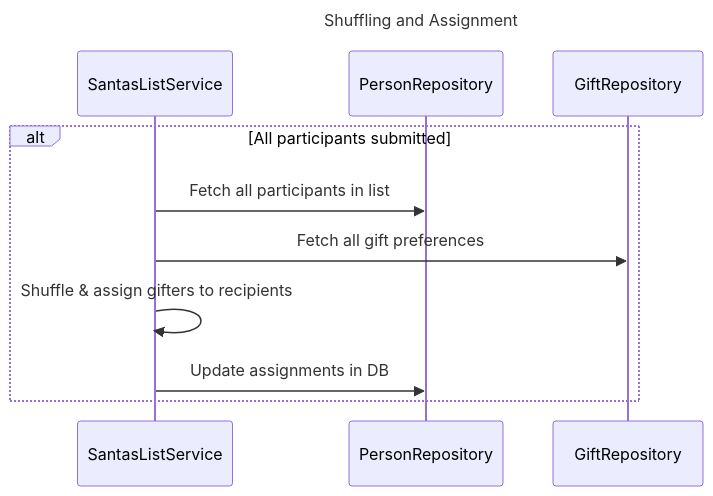
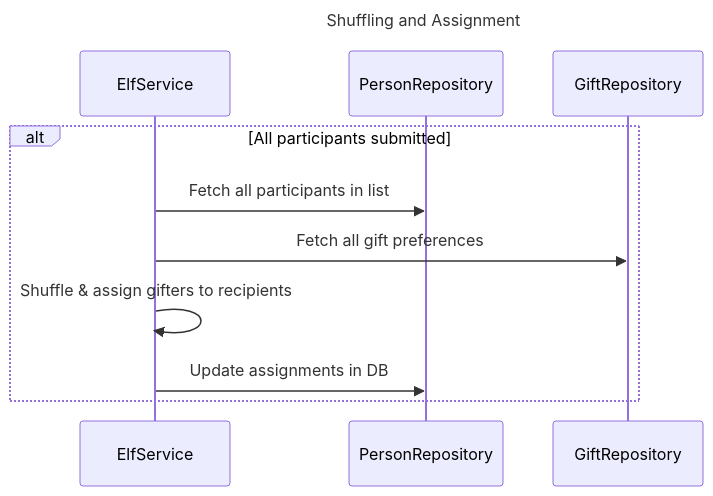
One commit to Oluwagbemiga13/secret-santa changed the fifth of 6 diagrams in README.md. Above: the diagram before and after it, drawn with Mermaid. The commit also changed other lines of this file, not shown here.

````diff
--- a/README.md
+++ b/README.md
@@ -346,16 +362,16 @@
 ```mermaid
 ---
 title: Shuffling and Assignment
 ---
 sequenceDiagram
-    participant ListSvc as SantasListService
+    participant ListSvc as ElfService
     participant PersonRepo as PersonRepository
     participant GiftRepo as GiftRepository
 
     alt All participants submitted
         ListSvc->>PersonRepo: Fetch all participants in list
         ListSvc->>GiftRepo: Fetch all gift preferences
         ListSvc->>ListSvc: Shuffle & assign gifters to recipients
         ListSvc->>PersonRepo: Update assignments in DB
     end
 ```
````
